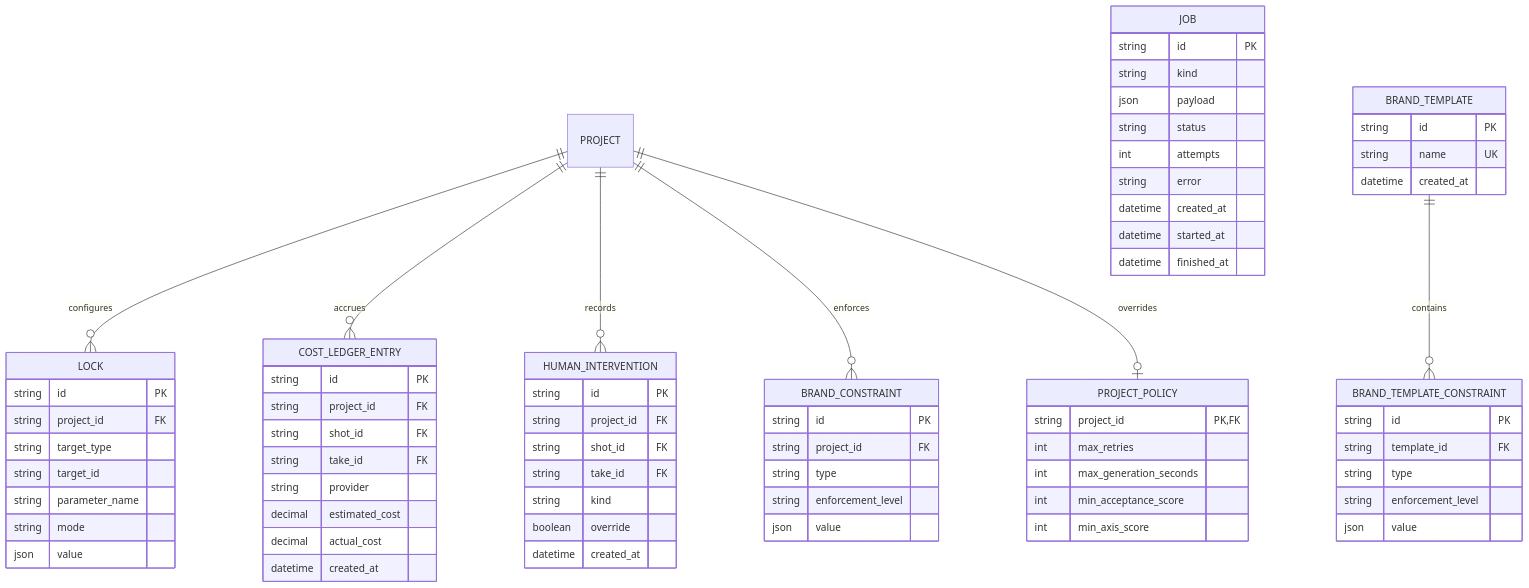
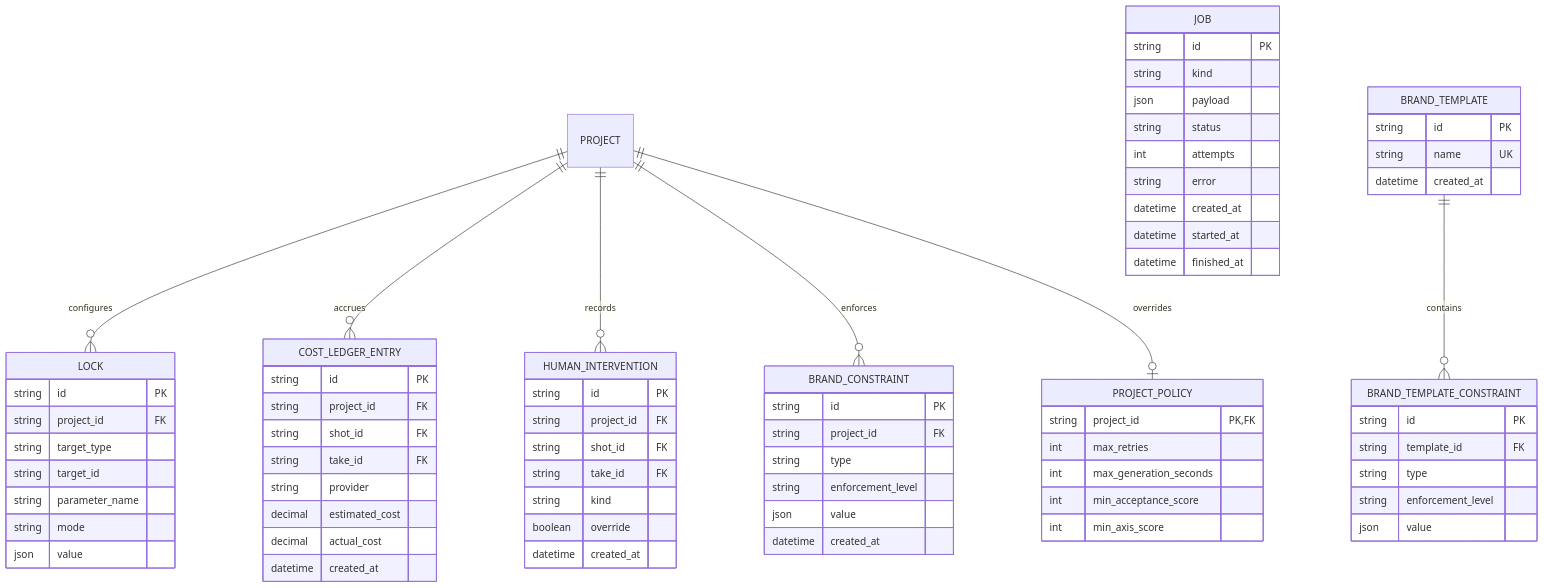
Before and after one commit to ousiassllc/mam: the fifth of 7 diagrams in spec/architecture/er.md, drawn with Mermaid.

Commit message:
docs: er.md §2.4 の BRAND_CONSTRAINT 図に created_at 列を追加 (#292)

````diff
--- a/spec/architecture/er.md
+++ b/spec/architecture/er.md
@@ -440,75 +440,76 @@
 ```mermaid
 erDiagram
     PROJECT ||--o{ LOCK : configures
     PROJECT ||--o{ COST_LEDGER_ENTRY : accrues
     PROJECT ||--o{ HUMAN_INTERVENTION : records
     PROJECT ||--o{ BRAND_CONSTRAINT : enforces
     PROJECT ||--o| PROJECT_POLICY : overrides
 
     PROJECT_POLICY {
         string project_id PK, FK
         int max_retries
         int max_generation_seconds
         int min_acceptance_score
         int min_axis_score
     }
     JOB {
         string id PK
         string kind
         json payload
         string status
         int attempts
         string error
         datetime created_at
         datetime started_at
         datetime finished_at
     }
     LOCK {
         string id PK
         string project_id FK
         string target_type
         string target_id
         string parameter_name
         string mode
         json value
     }
     COST_LEDGER_ENTRY {
         string id PK
         string project_id FK
         string shot_id FK
         string take_id FK
         string provider
         decimal estimated_cost
         decimal actual_cost
         datetime created_at
     }
     HUMAN_INTERVENTION {
         string id PK
         string project_id FK
         string shot_id FK
         string take_id FK
         string kind
         boolean override
         datetime created_at
     }
     BRAND_CONSTRAINT {
         string id PK
         string project_id FK
         string type
         string enforcement_level
         json value
+        datetime created_at
     }
     BRAND_TEMPLATE ||--o{ BRAND_TEMPLATE_CONSTRAINT : contains
     BRAND_TEMPLATE {
         string id PK
         string name UK
         datetime created_at
     }
     BRAND_TEMPLATE_CONSTRAINT {
         string id PK
         string template_id FK
         string type
         string enforcement_level
         json value
     }
 ```
````
